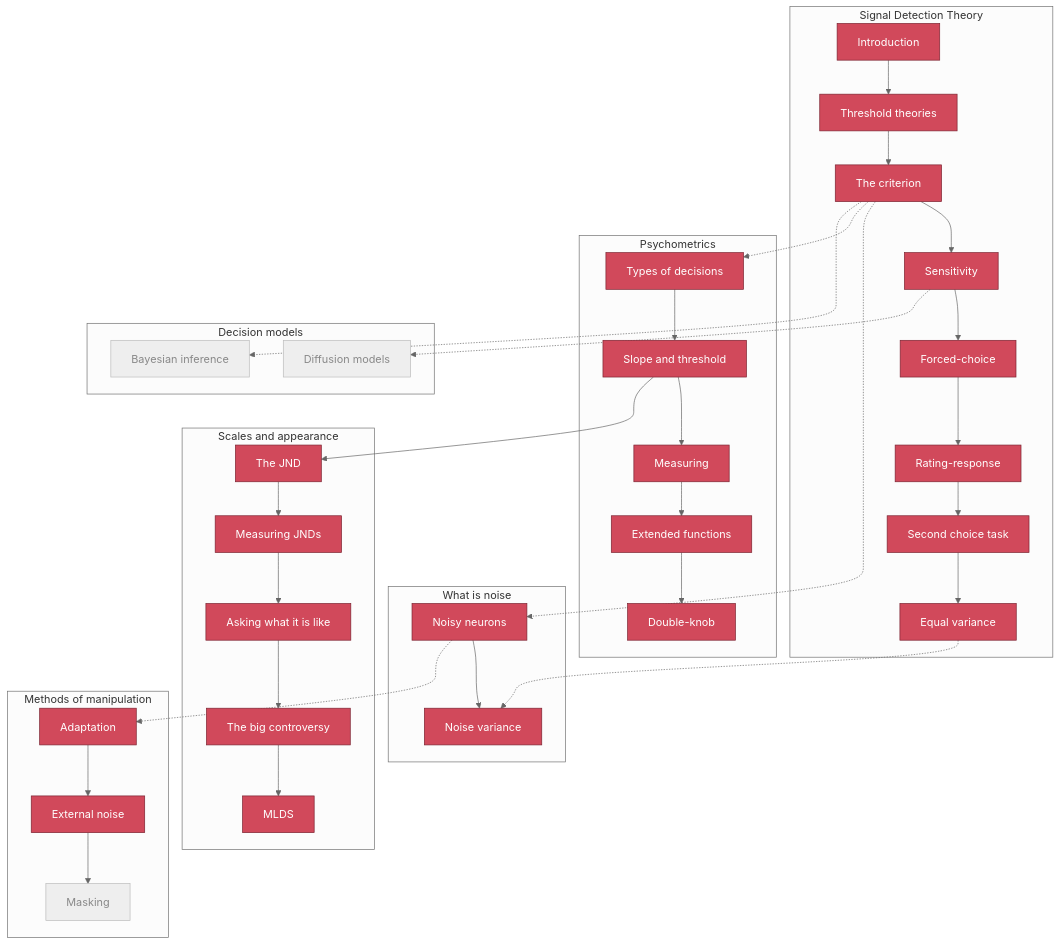
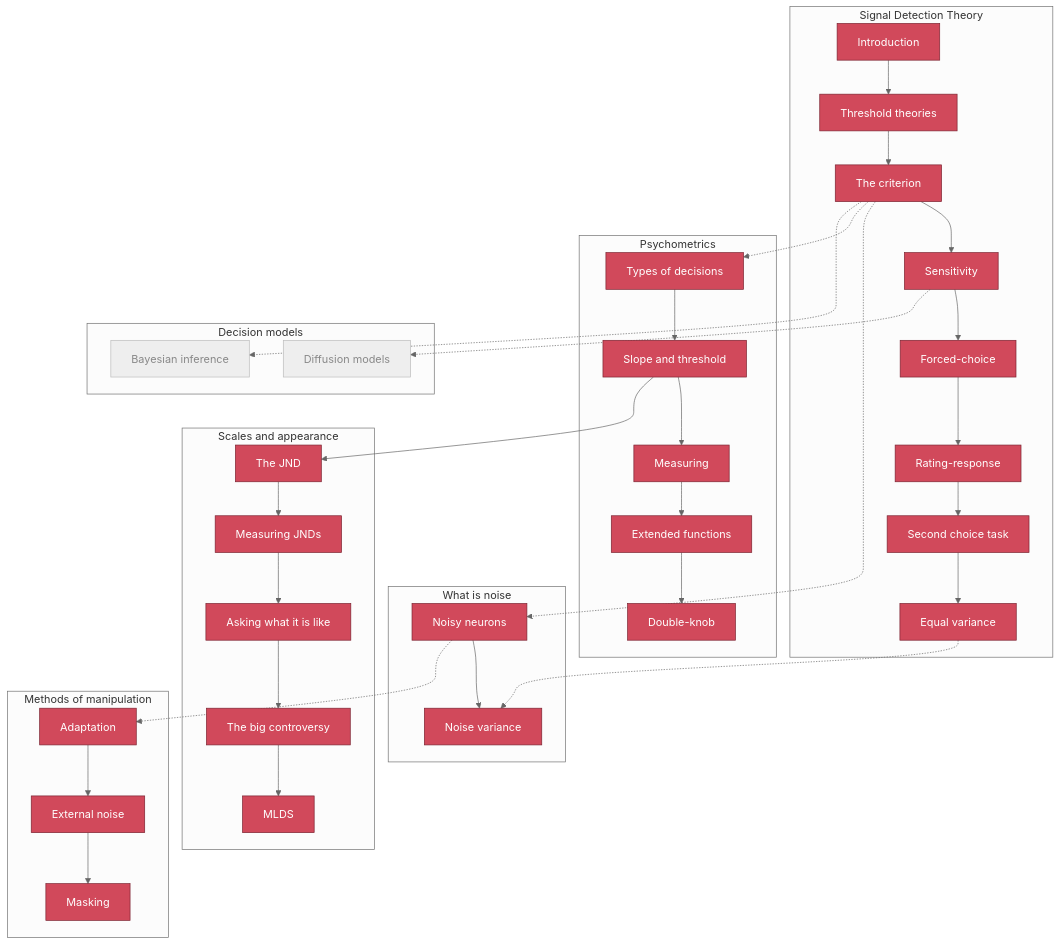
One commit to tbalsdon/psychophysical-choose-your-own-adventure changed the diagram in sitemap.md. Above: the diagram before and after it, drawn with Mermaid (neutral theme). The commit also changed 5 other files, not shown here.

````diff
--- a/sitemap.md
+++ b/sitemap.md
@@ -69,8 +69,8 @@
 
     classDef done fill:#d1495b,stroke:#7a2230,color:#fff;
     classDef todo fill:#eee,stroke:#bbb,color:#888;
-    class a,b,d,e,f,g,h,i,nn,nv,pdec,pst,pme,pex,pdk,sjnd,sst,sask,sctrl,smlds,madapt,mext done;
-    class mmask,dm1,dm2 todo;
+    class a,b,d,e,f,g,h,i,nn,nv,pdec,pst,pme,pex,pdk,sjnd,sst,sask,sctrl,smlds,madapt,mext,mmask done;
+    class dm1,dm2 todo;
 
     click a "../modules/sdt-intro"
     click b "../modules/sdt-threshold-theories"
@@ -94,4 +94,5 @@
     click smlds "../modules/scales-mlds"
     click madapt "../modules/man-adaptation"
     click mext "../modules/man-external-noise"
+    click mmask "../modules/man-masking"
 ```
````
